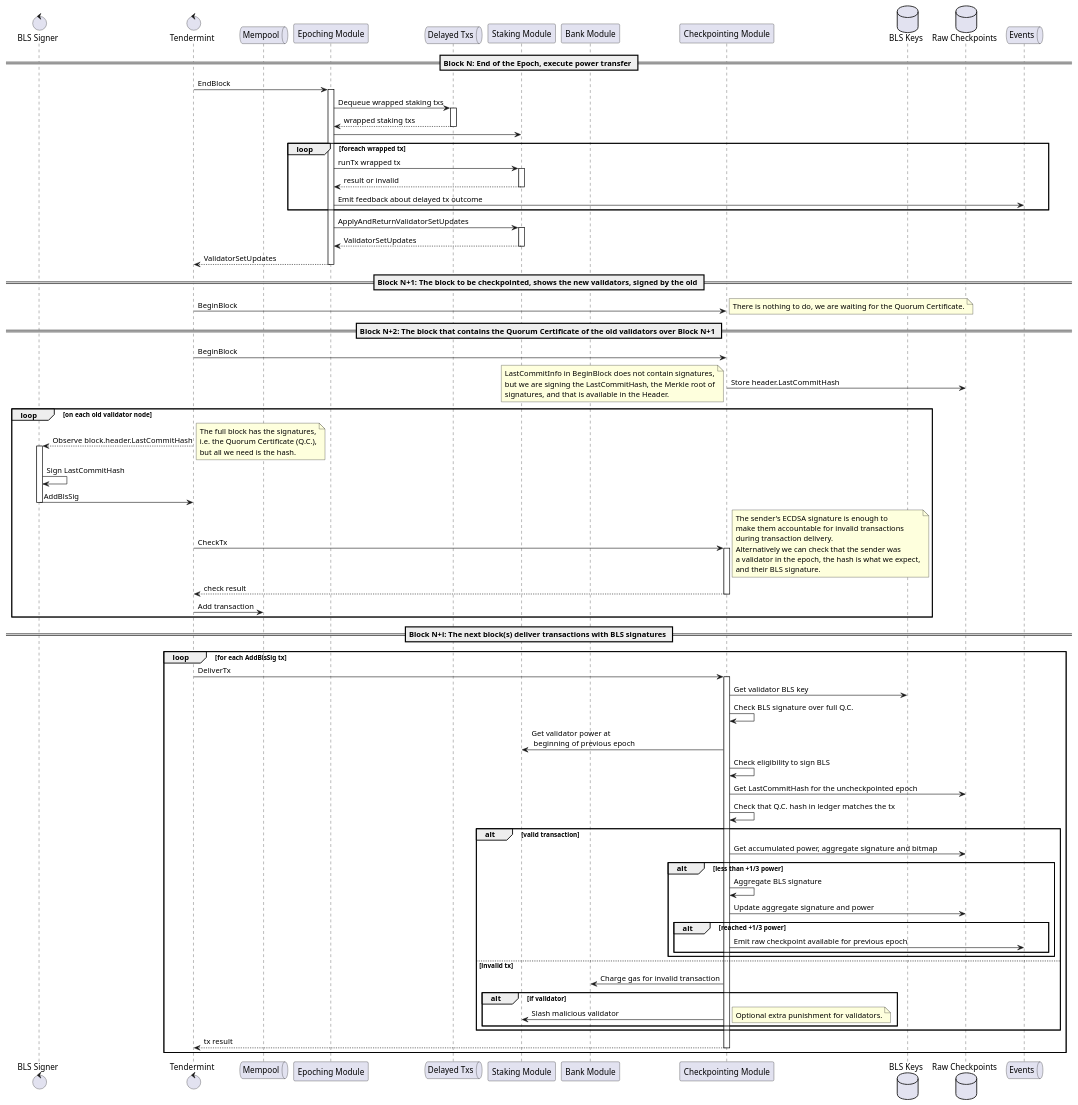
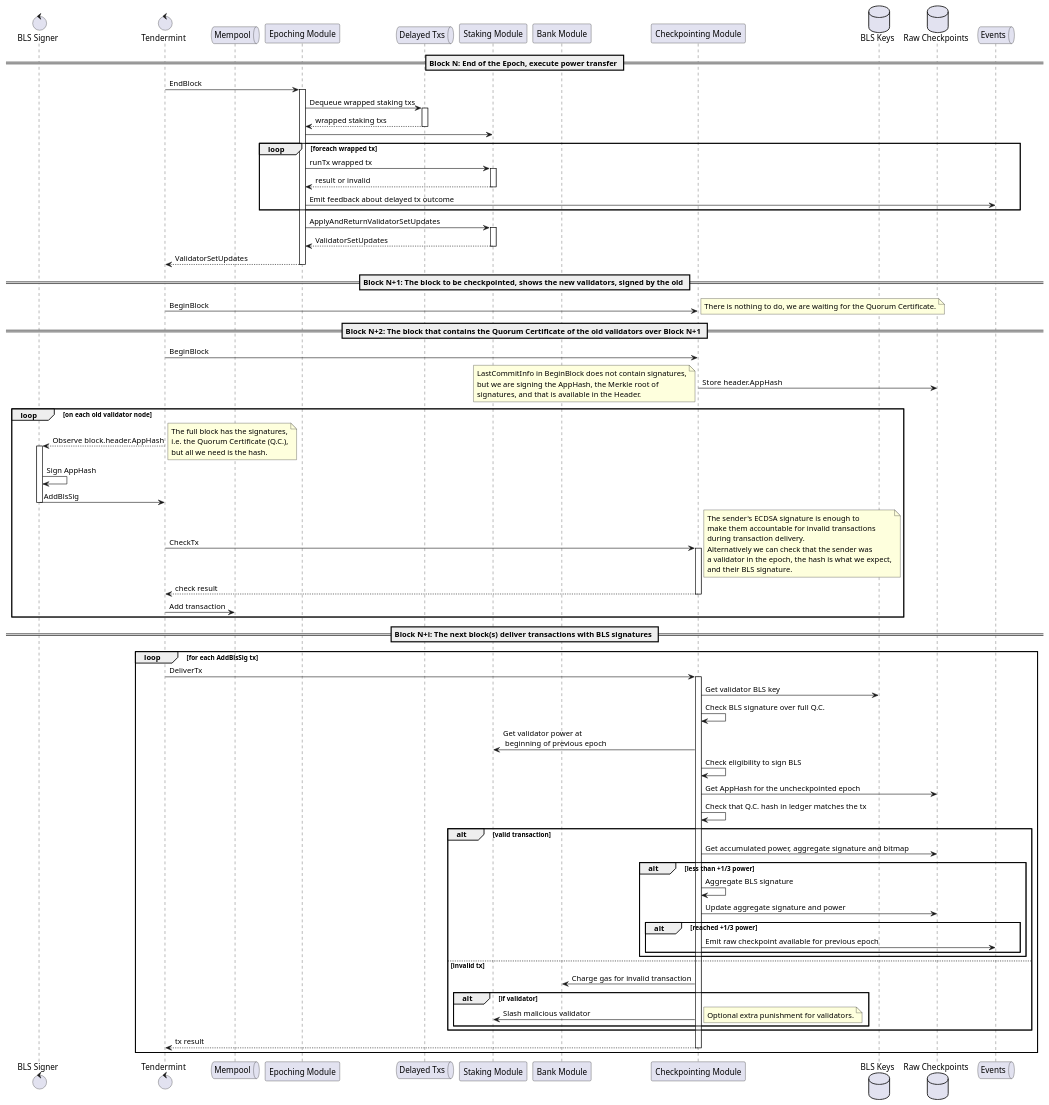
One commit to babylonchain/babylon changed the diagram in client/docs/diagrams/create_raw_checkpoint.puml. Above: the diagram before and after it, drawn with PlantUML. The commit also changed 366 other files, not shown here.

```diff
--- a/client/docs/diagrams/create_raw_checkpoint.puml
+++ b/client/docs/diagrams/create_raw_checkpoint.puml
@@ -1,101 +1,101 @@
 @startuml Creating a Raw Checkpoint
 control     "BLS Signer"      as signer
 control     Tendermint
 queue       Mempool
 participant "Epoching Module" as epoching
 queue       "Delayed Txs"     as delayedtxs
 participant "Staking Module"  as staking
 participant "Bank Module"     as bank
 participant "Checkpointing Module" as checkpointing
 database    "BLS Keys"        as blskeys
 database    "Raw Checkpoints" as rawckpts
 queue       Events
 
 == Block N: End of the Epoch, execute power transfer ==
 
 Tendermint -> epoching ++ : EndBlock
 epoching -> delayedtxs ++ : Dequeue wrapped staking txs
 return wrapped staking txs
 epoching -> staking
 loop foreach wrapped tx
   epoching -> staking ++ : runTx wrapped tx
   return result or invalid
   epoching -> Events : Emit feedback about delayed tx outcome
 end
 epoching -> staking ++ : ApplyAndReturnValidatorSetUpdates
 return ValidatorSetUpdates
 return ValidatorSetUpdates
 
 == Block N+1: The block to be checkpointed, shows the new validators, signed by the old ==
 
 Tendermint -> checkpointing : BeginBlock
 note right
   There is nothing to do, we are waiting for the Quorum Certificate.
 end note
 
 == Block N+2: The block that contains the Quorum Certificate of the old validators over Block N+1 ==
 
 Tendermint -> checkpointing : BeginBlock
-checkpointing -> rawckpts : Store header.LastCommitHash
+checkpointing -> rawckpts : Store header.AppHash
 note left
   LastCommitInfo in BeginBlock does not contain signatures,
-  but we are signing the LastCommitHash, the Merkle root of
+  but we are signing the AppHash, the Merkle root of
   signatures, and that is available in the Header.
 end note
 
 loop on each old validator node
-  Tendermint --> signer ++ : Observe block.header.LastCommitHash
+  Tendermint --> signer ++ : Observe block.header.AppHash
   note right
     The full block has the signatures,
     i.e. the Quorum Certificate (Q.C.),
     but all we need is the hash.
   end note
-  signer -> signer : Sign LastCommitHash
+  signer -> signer : Sign AppHash
   signer -> Tendermint -- : AddBlsSig
   Tendermint -> checkpointing ++: CheckTx
   note right
     The sender's ECDSA signature is enough to
     make them accountable for invalid transactions
     during transaction delivery.
     Alternatively we can check that the sender was
     a validator in the epoch, the hash is what we expect,
     and their BLS signature.
   end note
   return check result
   Tendermint -> Mempool : Add transaction
 end
 
 == Block N+i: The next block(s) deliver transactions with BLS signatures ==
 
 loop for each AddBlsSig tx
   Tendermint -> checkpointing ++ : DeliverTx
   checkpointing -> blskeys : Get validator BLS key
   checkpointing -> checkpointing : Check BLS signature over full Q.C.
   checkpointing -> staking : Get validator power at \n beginning of previous epoch
   checkpointing -> checkpointing : Check eligibility to sign BLS
-  checkpointing -> rawckpts : Get LastCommitHash for the uncheckpointed epoch
+  checkpointing -> rawckpts : Get AppHash for the uncheckpointed epoch
   checkpointing -> checkpointing : Check that Q.C. hash in ledger matches the tx
 
   alt valid transaction
     checkpointing -> rawckpts : Get accumulated power, aggregate signature and bitmap
     alt less than +1/3 power
       checkpointing -> checkpointing : Aggregate BLS signature
       checkpointing -> rawckpts : Update aggregate signature and power
       alt reached +1/3 power
         checkpointing -> Events : Emit raw checkpoint available for previous epoch
       end
     end
   else invalid tx
     checkpointing -> bank : Charge gas for invalid transaction
     alt if validator
       checkpointing -> staking : Slash malicious validator
       note right
         Optional extra punishment for validators.
       end note
     end
   end
 
   return tx result
 end
 
 @enduml
```
